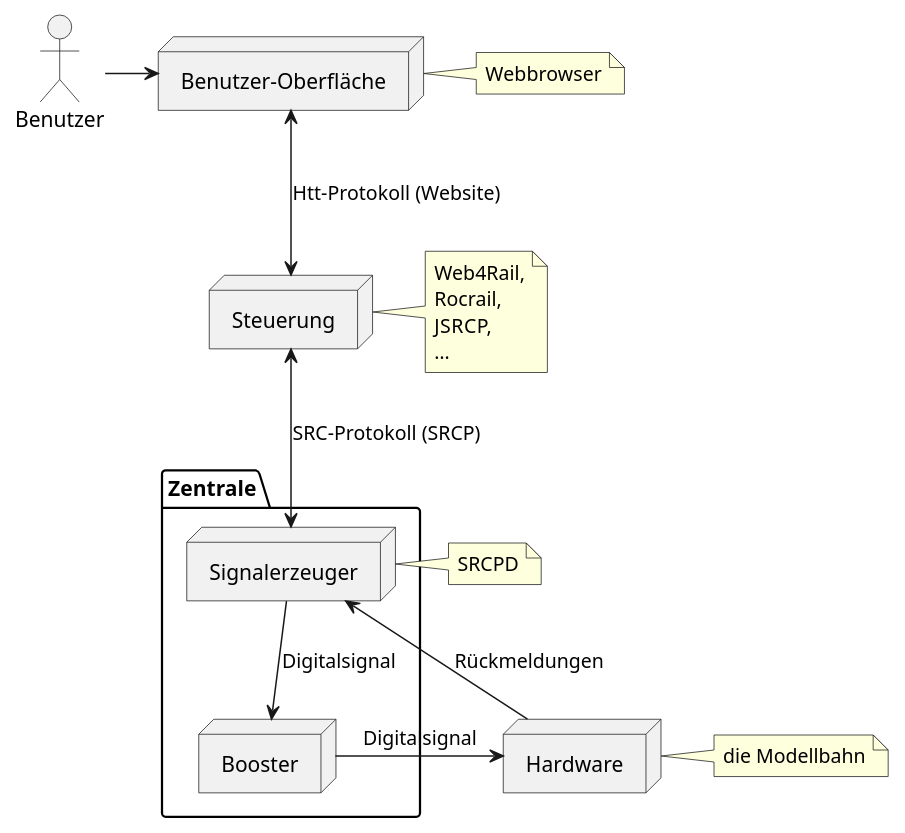
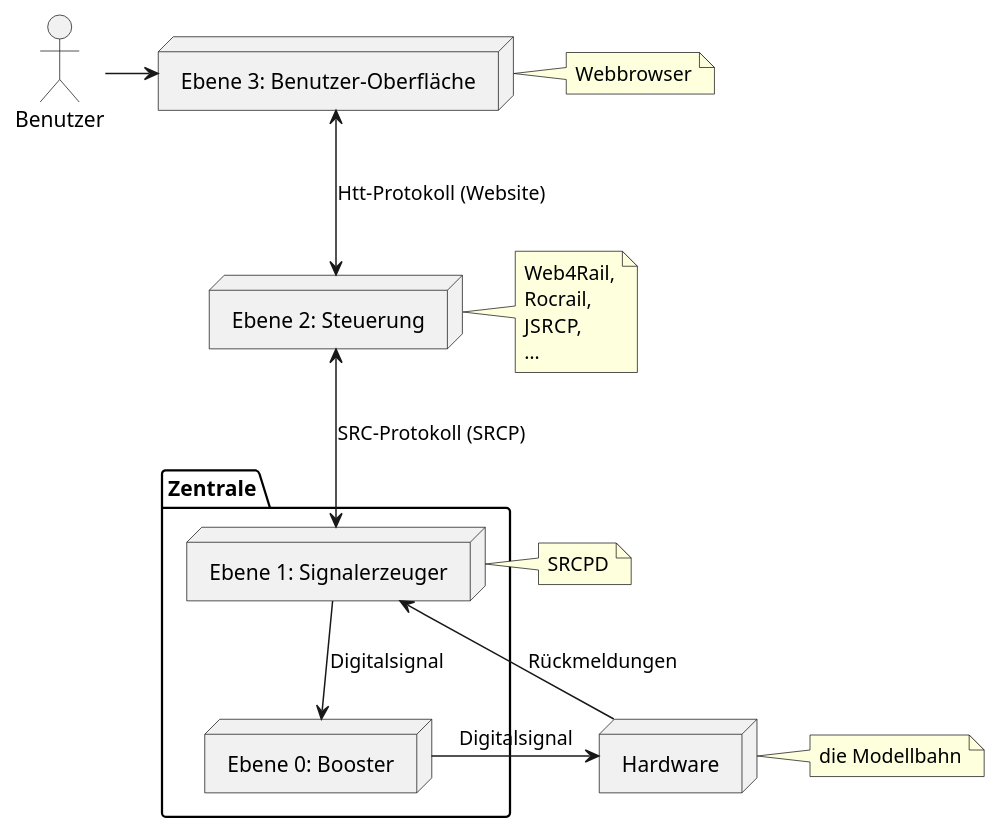
Before and after one commit to srsoftware-de/Web4Rail: the diagram in doc/schema.plantuml, drawn with PlantUML. The commit also changed 1 other file, not shown here.

```diff
--- a/doc/schema.plantuml
+++ b/doc/schema.plantuml
@@ -1,31 +1,31 @@
 @startuml
 actor Benutzer
-node "Benutzer-Oberfläche" as Iface
-node Steuerung
+node "Ebene 3: Benutzer-Oberfläche" as Iface
+node "Ebene 2: Steuerung" as Steuerung
 package Zentrale {
-  node Signalerzeuger
-  node Booster
+  node "Ebene 1: Signalerzeuger" as Signalerzeuger
+  node "Ebene 0: Booster" as Booster
 }
 node Hardware
 
 Benutzer -right-> Iface
 Iface <--> Steuerung : Htt-Protokoll (Website)
 Steuerung <--> Signalerzeuger : SRC-Protokoll (SRCP)
 Signalerzeuger --> Booster : Digitalsignal
 Booster -right-> Hardware : Digitalsignal
 Hardware --> Signalerzeuger : Rückmeldungen
 
 
 note right of Iface : Webbrowser
 
 note right of Steuerung
 Web4Rail,
 Rocrail,
 JSRCP,
 …
 end note
 
 note right of Signalerzeuger : SRCPD
 
 note right of Hardware : die Modellbahn
 @enduml
```
